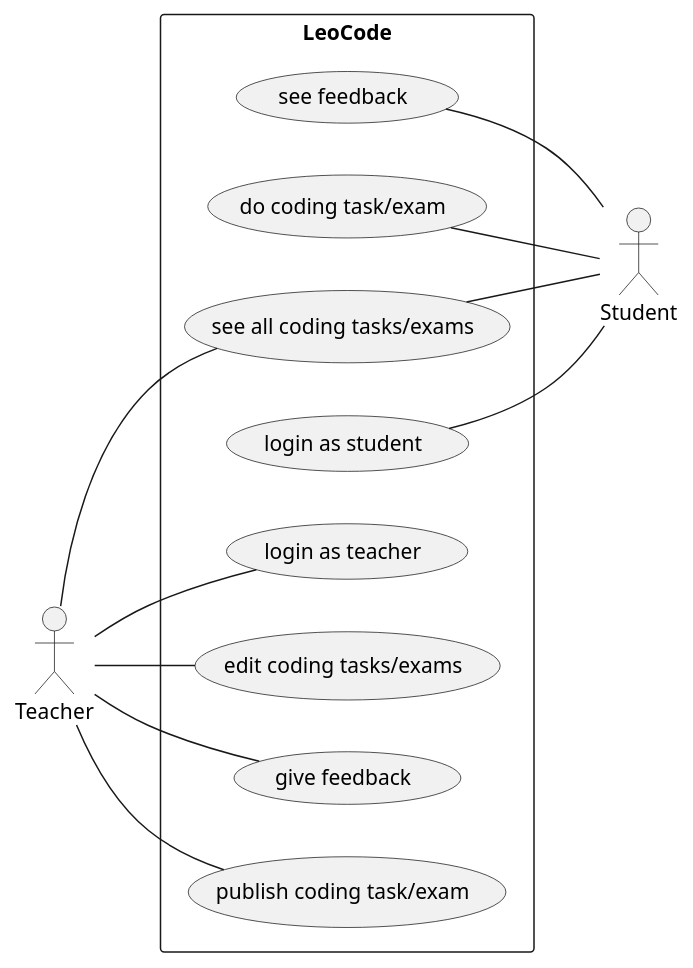
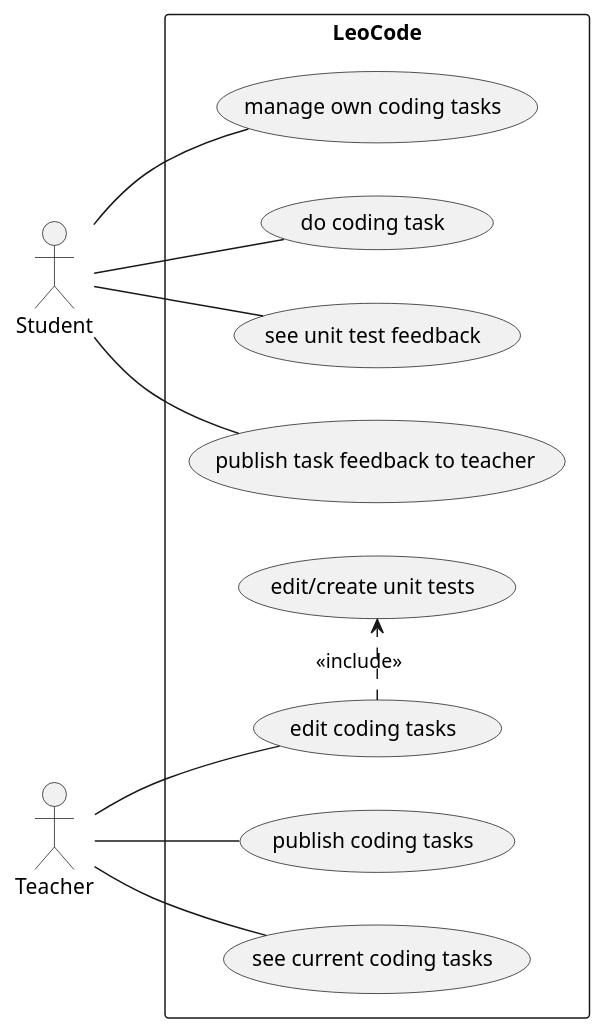
Before and after one commit to htl-leonding-project/leo-code: the first of 2 diagrams in asciidocs/system-specification.adoc, drawn with PlantUML. The commit also changed other lines of this file, not shown here.

Commit message:
edited use case diagramm

```diff
--- a/asciidocs/system-specification.adoc
+++ b/asciidocs/system-specification.adoc
@@ -52,26 +52,24 @@
 [plantuml]
 ----
 
 @startuml
 
 left to right direction
 :Student:
 :Teacher:
 rectangle LeoCode{
 
-Student -up- (login as student)
-Student -up- (see all coding tasks/exams)
-Student -up- (do coding task/exam)
-Student -up- (see feedback)
+Teacher -- (publish coding tasks)
+Teacher -- (see current coding tasks)
+Teacher -- (edit coding tasks)
+(edit coding tasks) .> (edit/create unit tests) : <<include>>
 
-Teacher -down- (login as teacher)
-Teacher -down- (see all coding tasks/exams)
-Teacher -down- (edit coding tasks/exams)
-Teacher -down- (give feedback)
-Teacher -down- (publish coding task/exam)
-
+Student -- (manage own coding tasks)
+Student -- (do coding task)
+Student -- (see unit test feedback)
+Student -- (publish task feedback to teacher)
 
 }
 
 @enduml
 ----
```
